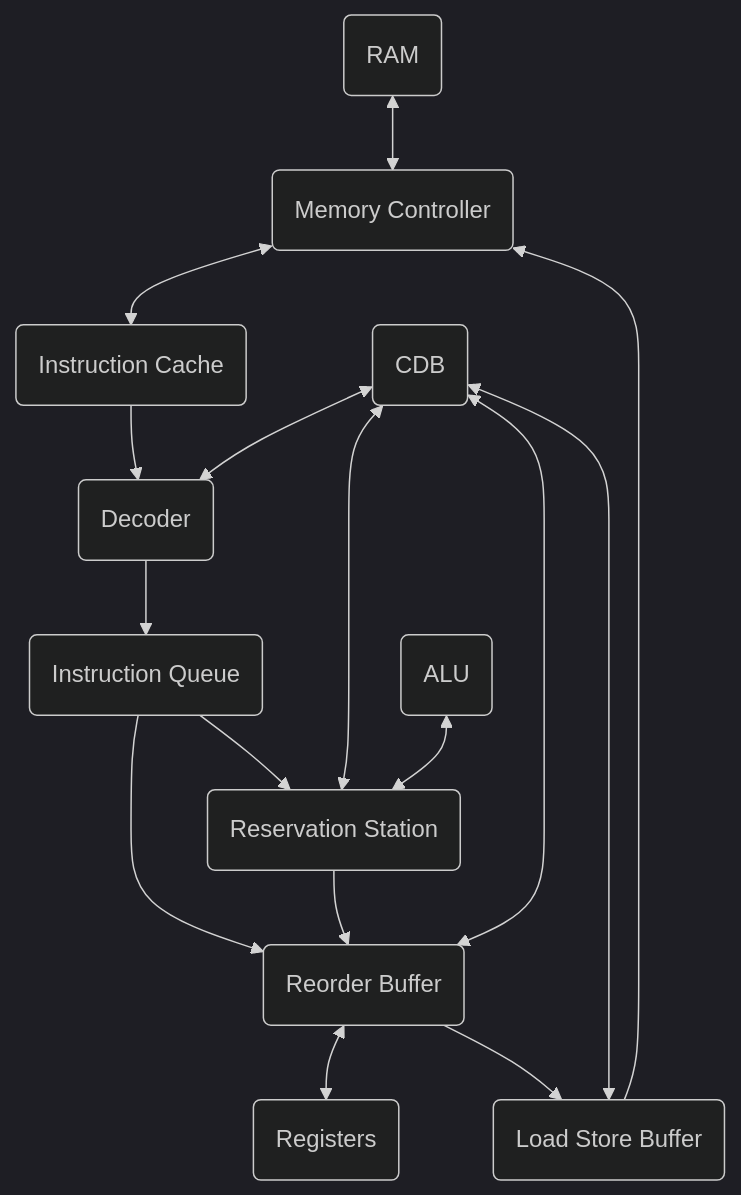
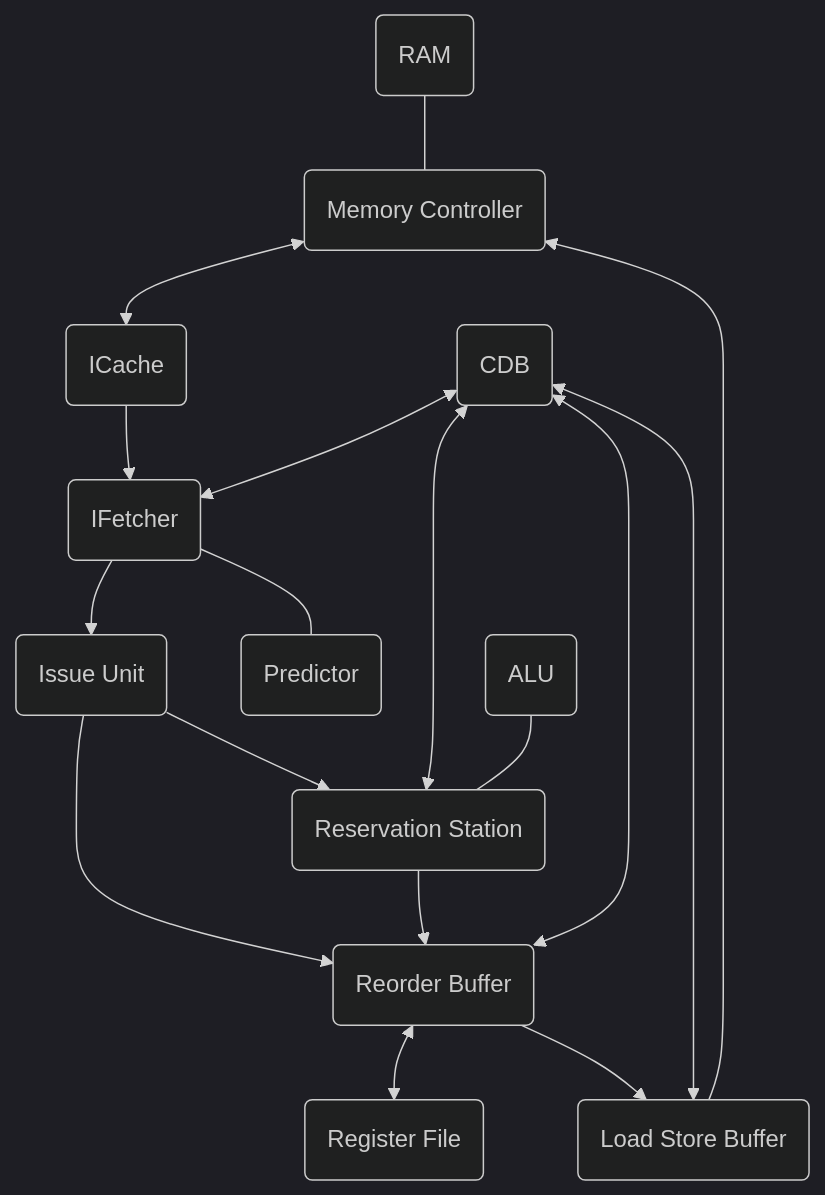
Before and after one commit to HenryHe0123/RISC-V-CPU: the diagram in README.md, drawn with Mermaid (dark theme). The commit also changed 7 other files, not shown here.

````diff
--- a/README.md
+++ b/README.md
@@ -7,18 +7,19 @@
 ```mermaid
 flowchart TD
-    A(RAM) <--> B(Memory Controller)
-    B <--> C(Instruction Cache)
-    C --> D(Decoder)
-    D --> E(Instruction Queue)
+    A(RAM) --- B(Memory Controller)
+    B <--> C(ICache)
+    C --> D(IFetcher) 
+    D --> E(Issue Unit)
+    D --- L(Predictor)
     E --> F(Reservation Station)
     E --> G(Reorder Buffer)
     F --> G
-    G <--> H(Registers)
+    G <--> H(Register File)
     G --> I(Load Store Buffer)
     I --> B
     J(CDB) <--> G
     J <--> F 
     J <--> D 
     J <--> I
-    K(ALU) <--> F
+    K(ALU) --- F
 ```
````
